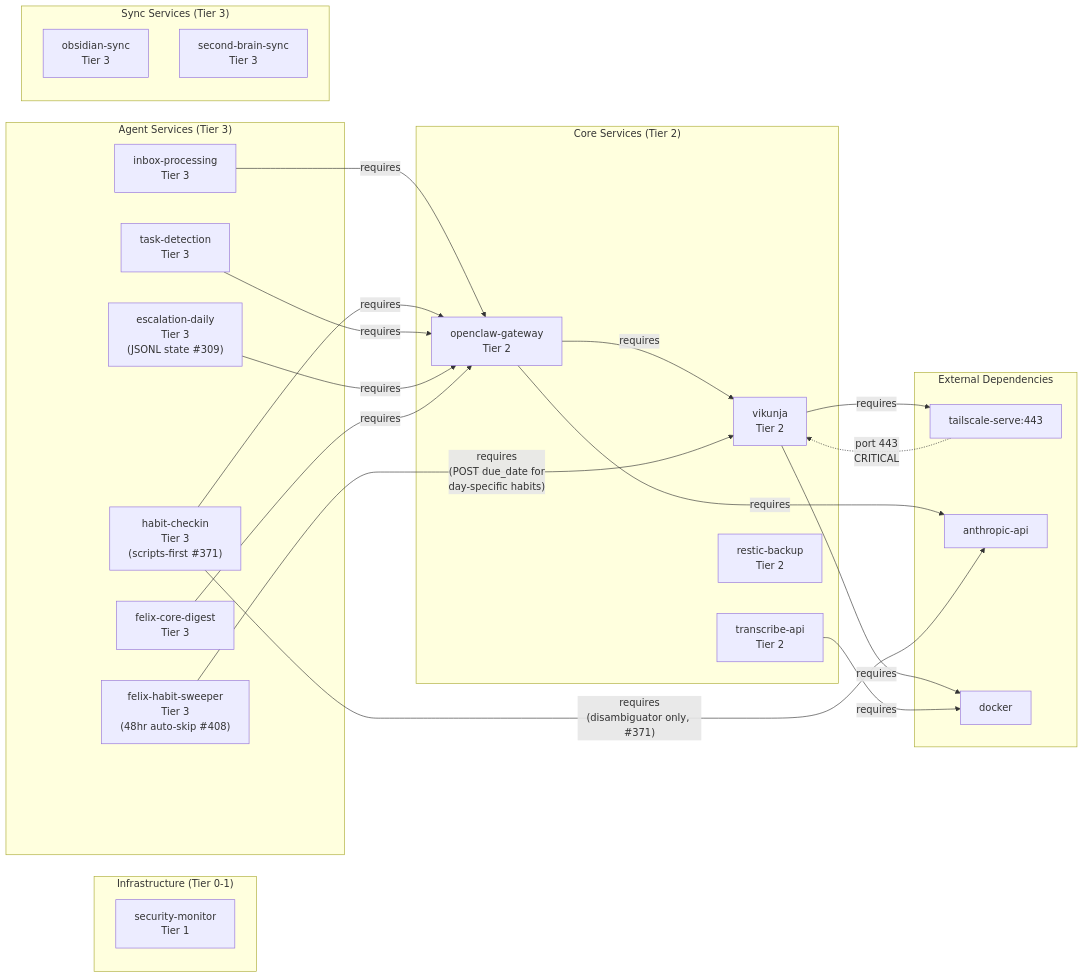
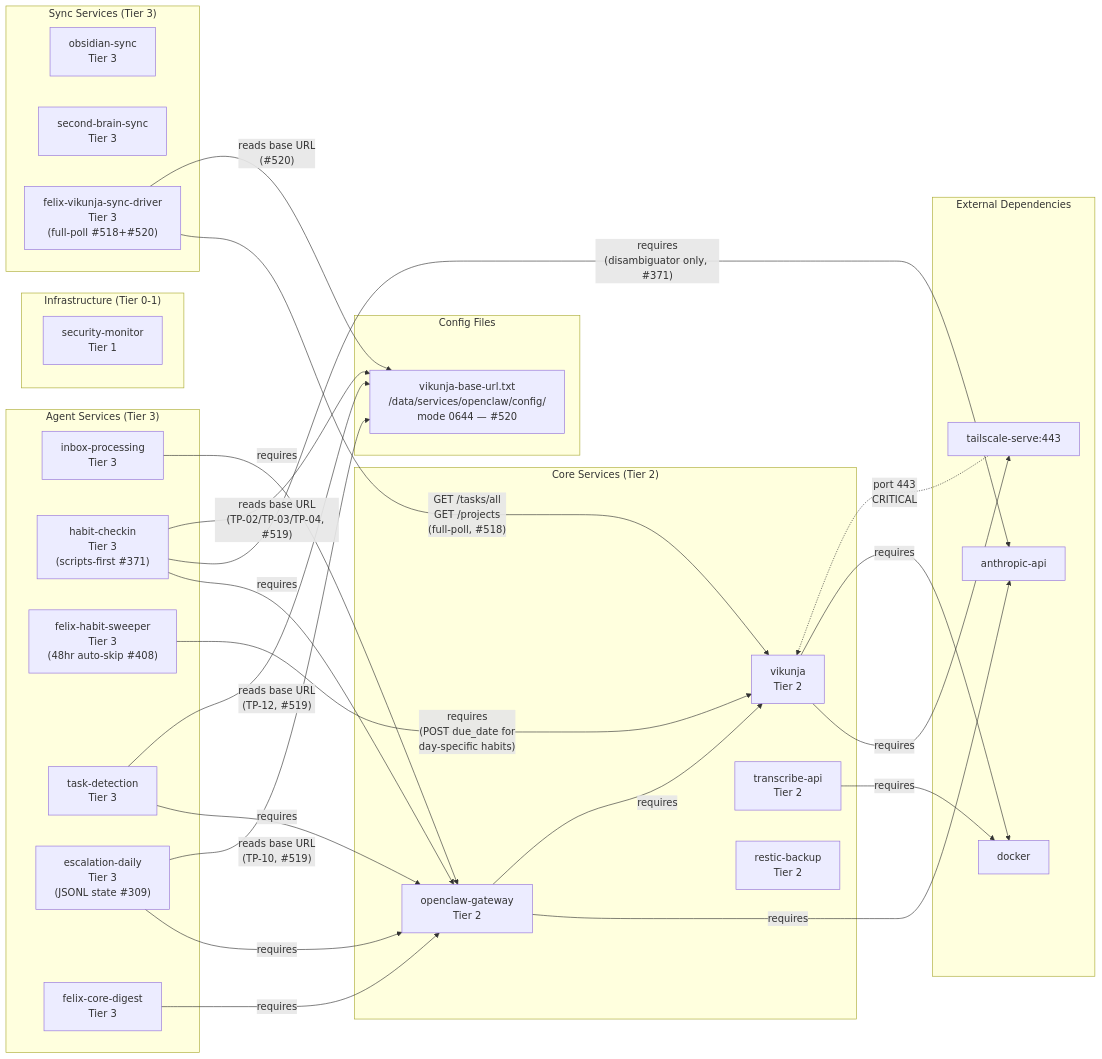
The diagram in docs/design/architecture/service-dependencies.view.md (kentonium3/kg-automation), drawn with Mermaid before and after one commit. The commit also changed other lines of this file and 9 other files, not shown here.

Commit message:
docs(WP06): architecture + runbook updates for full-poll sync + URL config + Epic #507 complete

````diff
--- a/docs/design/architecture/service-dependencies.view.md
+++ b/docs/design/architecture/service-dependencies.view.md
@@ -32,50 +36,61 @@
 ```mermaid
 graph LR
     subgraph Infrastructure["Infrastructure (Tier 0-1)"]
         security-monitor["security-monitor<br/>Tier 1"]
     end
 
     subgraph Core["Core Services (Tier 2)"]
         vikunja["vikunja<br/>Tier 2"]
         openclaw["openclaw-gateway<br/>Tier 2"]
         transcribe["transcribe-api<br/>Tier 2"]
         restic["restic-backup<br/>Tier 2"]
     end
 
     subgraph Agents["Agent Services (Tier 3)"]
         inbox["inbox-processing<br/>Tier 3"]
         habits["habit-checkin<br/>Tier 3<br/>(scripts-first #371)"]
         habitsweeper["felix-habit-sweeper<br/>Tier 3<br/>(48hr auto-skip #408)"]
         taskdet["task-detection<br/>Tier 3"]
         escalation["escalation-daily<br/>Tier 3<br/>(JSONL state #309)"]
         digest["felix-core-digest<br/>Tier 3"]
     end
 
     subgraph Sync["Sync Services (Tier 3)"]
         obsidian["obsidian-sync<br/>Tier 3"]
         secondbrain["second-brain-sync<br/>Tier 3"]
+        vikunja_sync["felix-vikunja-sync-driver<br/>Tier 3<br/>(full-poll #518+#520)"]
+    end
+
+    subgraph Config["Config Files"]
+        url_config["vikunja-base-url.txt<br/>/data/services/openclaw/config/<br/>mode 0644 — #520"]
     end
 
     subgraph External["External Dependencies"]
         tailscale["tailscale-serve:443"]
         anthropic["anthropic-api"]
         docker["docker"]
     end
 
     vikunja -->|"requires"| tailscale
     vikunja -->|"requires"| docker
     tailscale -.->|"port 443<br/>CRITICAL"| vikunja
 
     openclaw -->|"requires"| anthropic
     openclaw -->|"requires"| vikunja
 
     transcribe -->|"requires"| docker
 
     inbox -->|"requires"| openclaw
     habits -->|"requires"| openclaw
     habits -->|"requires<br/>(disambiguator only, #371)"| anthropic
     habitsweeper -->|"requires<br/>(POST due_date for<br/>day-specific habits)"| vikunja
     taskdet -->|"requires"| openclaw
     escalation -->|"requires"| openclaw
     digest -->|"requires"| openclaw
+
+    vikunja_sync -->|"GET /tasks/all<br/>GET /projects<br/>(full-poll, #518)"| vikunja
+    vikunja_sync -->|"reads base URL<br/>(#520)"| url_config
+    habits -->|"reads base URL<br/>(TP-02/TP-03/TP-04, #519)"| url_config
+    escalation -->|"reads base URL<br/>(TP-10, #519)"| url_config
+    taskdet -->|"reads base URL<br/>(TP-12, #519)"| url_config
 ```
````
